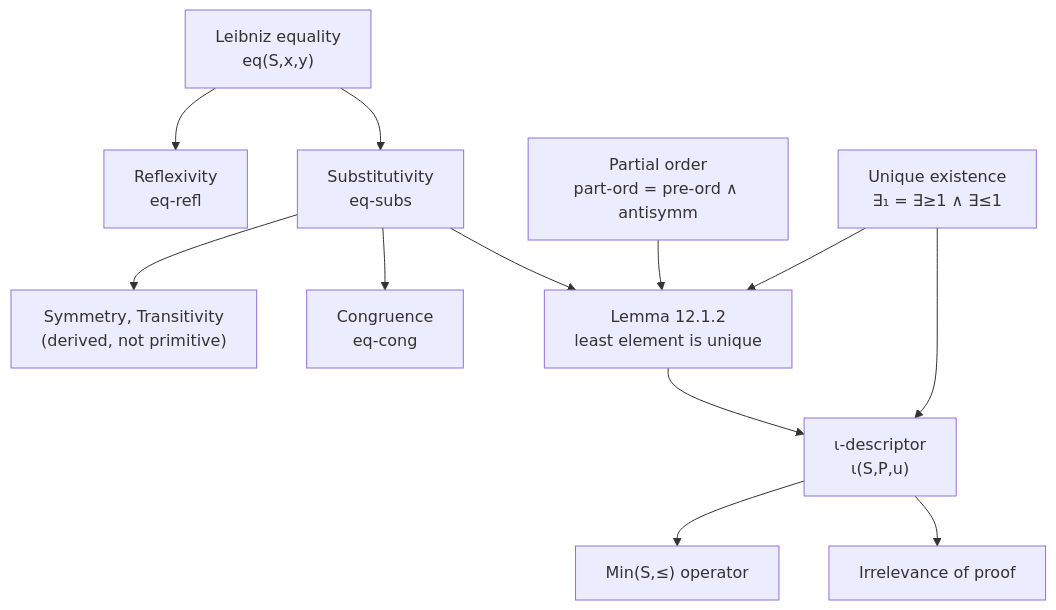
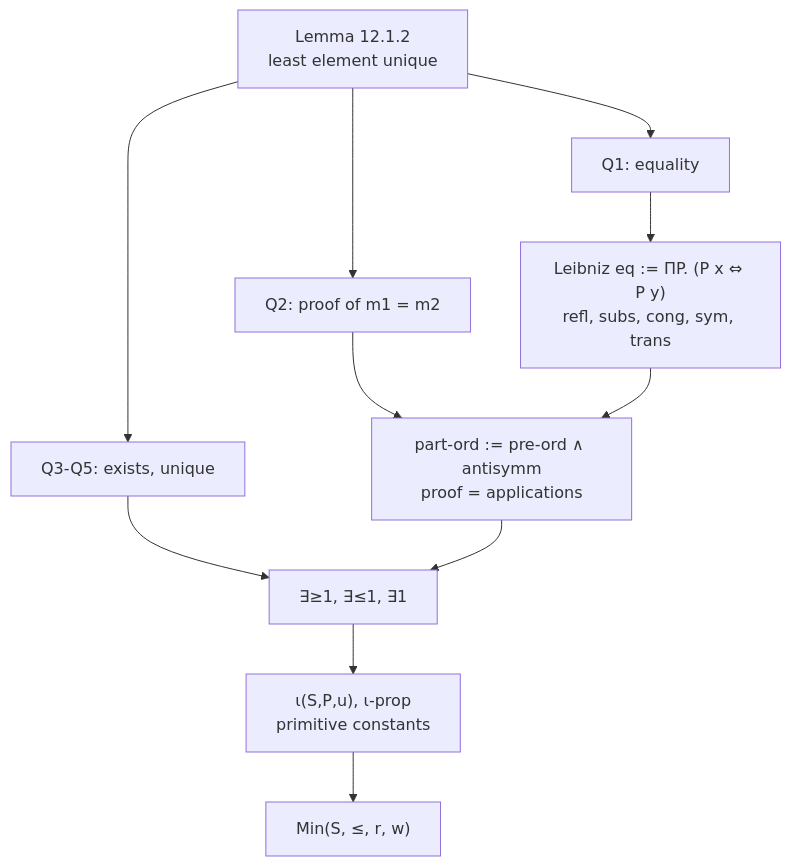
The diagram in 06_type_theory_and_formal_proof_nederpelt_geuvers_2014/Formalising-Elementary-Mathematics.md (superoptimo/type_theory_vaults), drawn with Mermaid before and after one commit. The commit also changed other lines of this file and 118 other files, not shown here.

````diff
--- a/06_type_theory_and_formal_proof_nederpelt_geuvers_2014/Formalising-Elementary-Mathematics.md
+++ b/06_type_theory_and_formal_proof_nederpelt_geuvers_2014/Formalising-Elementary-Mathematics.md
@@ -23,14 +269,13 @@
 ```mermaid
 flowchart TD
-    A["Leibniz equality<br/>eq(S,x,y)"] --> B["Reflexivity<br/>eq-refl"]
-    A --> C["Substitutivity<br/>eq-subs"]
-    C --> D["Symmetry, Transitivity<br/>(derived, not primitive)"]
-    C --> E["Congruence<br/>eq-cong"]
-    F["Partial order<br/>part-ord = pre-ord ∧ antisymm"] --> G["Lemma 12.1.2<br/>least element is unique"]
-    C --> G
-    H["Unique existence<br/>∃₁ = ∃≥1 ∧ ∃≤1"] --> G
-    G --> I["ι-descriptor<br/>ι(S,P,u)"]
-    H --> I
-    I --> J["Min(S,≤) operator"]
-    I --> K["Irrelevance of proof"]
+    L["Lemma 12.1.2<br/>least element unique"] --> Q1["Q1: equality"]
+    L --> Q2["Q2: proof of m1 = m2"]
+    L --> Q3["Q3-Q5: exists, unique"]
+    Q1 --> EQ["Leibniz eq := ΠP. (P x ⇔ P y)<br/>refl, subs, cong, sym, trans"]
+    Q2 --> ORD["part-ord := pre-ord ∧ antisymm<br/>proof = applications"]
+    Q3 --> UE["∃≥1, ∃≤1, ∃1"]
+    EQ --> ORD
+    ORD --> UE
+    UE --> IOTA["ι(S,P,u), ι-prop<br/>primitive constants"]
+    IOTA --> MIN["Min(S, ≤, r, w)"]
 ```
````
